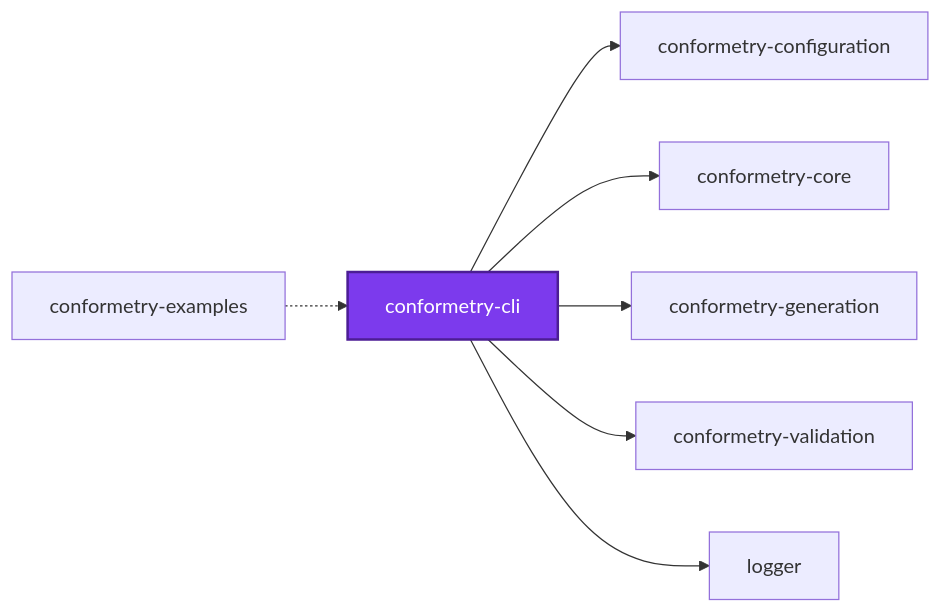
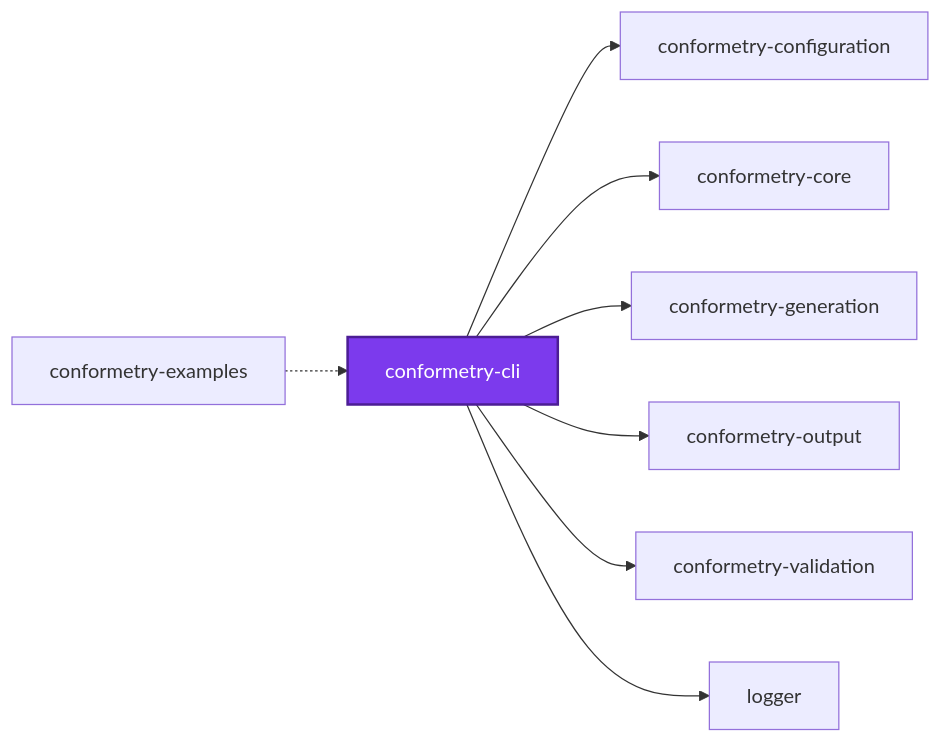
The first of 3 diagrams in packages/ic-suite/conformetry/conformetry-cli/README.md (JimmyPaolini/codebase), drawn with Mermaid before and after one commit. The commit also changed other lines of this file and 169 other files, not shown here.

````diff
--- a/packages/ic-suite/conformetry/conformetry-cli/README.md
+++ b/packages/ic-suite/conformetry/conformetry-cli/README.md
@@ -851,18 +851,20 @@
 ```mermaid
 graph LR
   conformetry_cli["conformetry-cli"]
   conformetry_configuration["conformetry-configuration"]
   conformetry_core["conformetry-core"]
   conformetry_examples["conformetry-examples"]
   conformetry_generation["conformetry-generation"]
+  conformetry_output["conformetry-output"]
   conformetry_validation["conformetry-validation"]
   logger["logger"]
   conformetry_cli --> conformetry_configuration
   conformetry_cli --> conformetry_core
   conformetry_cli --> conformetry_generation
+  conformetry_cli --> conformetry_output
   conformetry_cli --> conformetry_validation
   conformetry_cli --> logger
   conformetry_examples -.-> conformetry_cli
   classDef subject fill:#7c3aed,color:#fff,stroke:#4c1d95,stroke-width:2px
   class conformetry_cli subject
 ```
````
